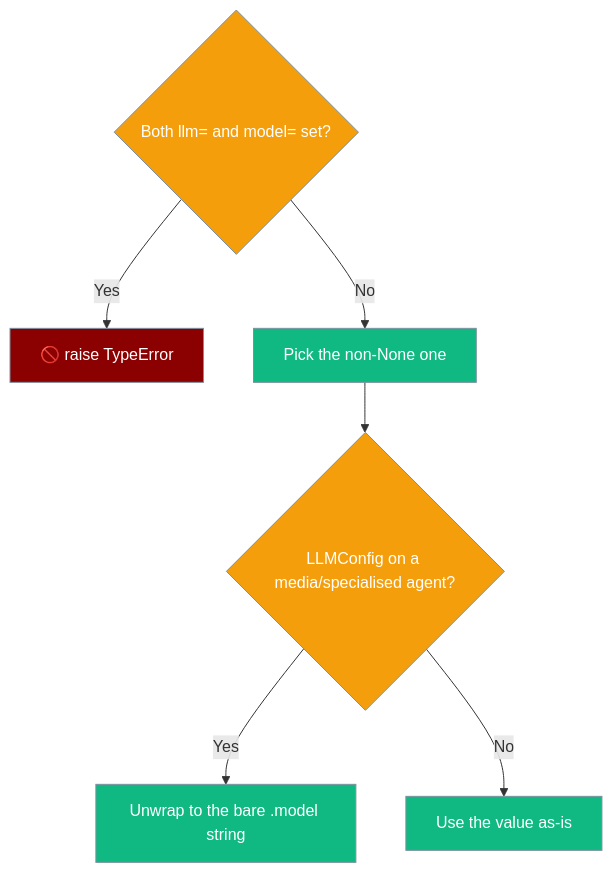
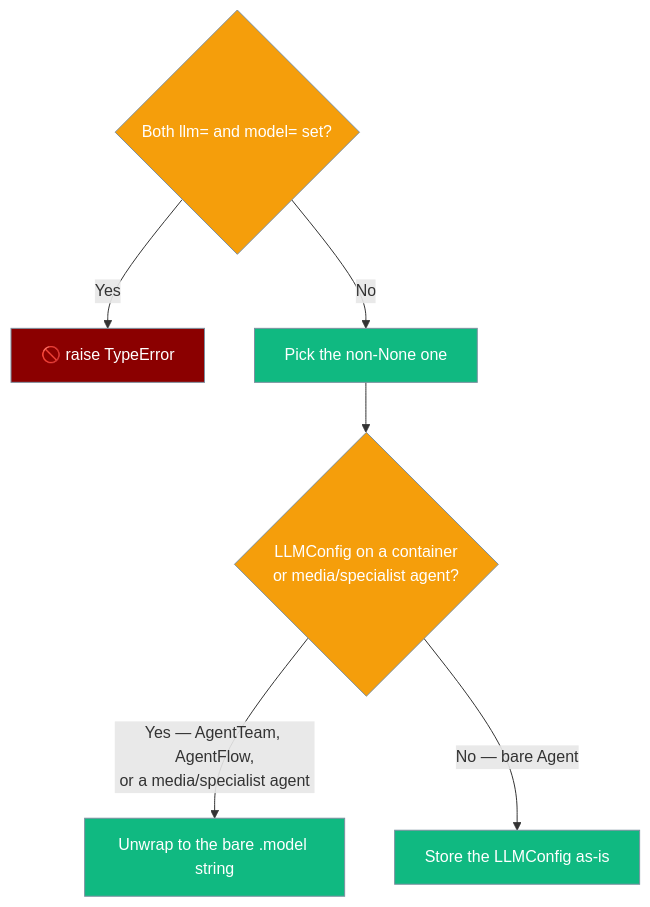
One commit to MervinPraison/PraisonAIDocs changed the second of 2 diagrams in docs/features/model-parameter.mdx. Above: the diagram before and after it, drawn with Mermaid. The commit also changed other lines of this file and 1 other file, not shown here.

First line of the commit message:
docs: AgentTeam/AgentFlow now unwrap LLMConfig to .model (fixes #3217)

````diff
--- a/docs/features/model-parameter.mdx
+++ b/docs/features/model-parameter.mdx
@@ -81,16 +81,16 @@
 ```mermaid
 graph TB
     Start{Both llm= and model= set?} -->|Yes| Raise[🚫 raise TypeError]
     Start -->|No| Pick[Pick the non-None one]
-    Pick --> Wrap{LLMConfig on a media/specialised agent?}
-    Wrap -->|Yes| Unwrap[Unwrap to the bare .model string]
-    Wrap -->|No| Use[Use the value as-is]
+    Pick --> Wrap{LLMConfig on a container<br/>or media/specialist agent?}
+    Wrap -->|Yes — AgentTeam, AgentFlow,<br/>or a media/specialist agent| Unwrap[Unwrap to the bare .model string]
+    Wrap -->|No — bare Agent| Use[Store the LLMConfig as-is]
 
     classDef question fill:#F59E0B,stroke:#7C90A0,color:#fff
     classDef error fill:#8B0000,stroke:#7C90A0,color:#fff
     classDef action fill:#10B981,stroke:#7C90A0,color:#fff
 
     class Start,Wrap question
     class Raise error
     class Pick,Unwrap,Use action
 ```
````
